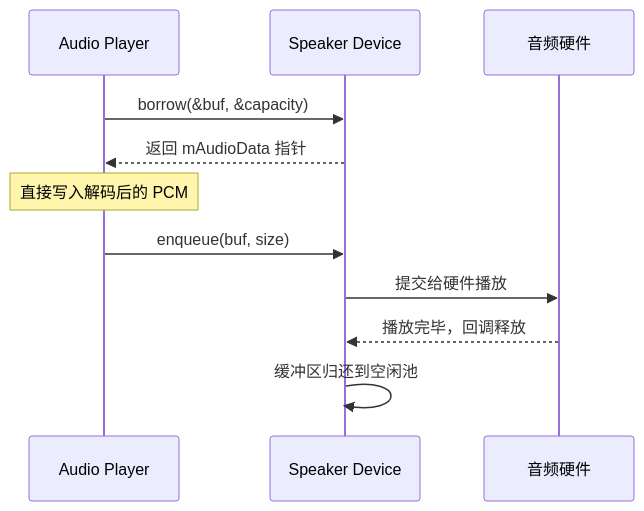
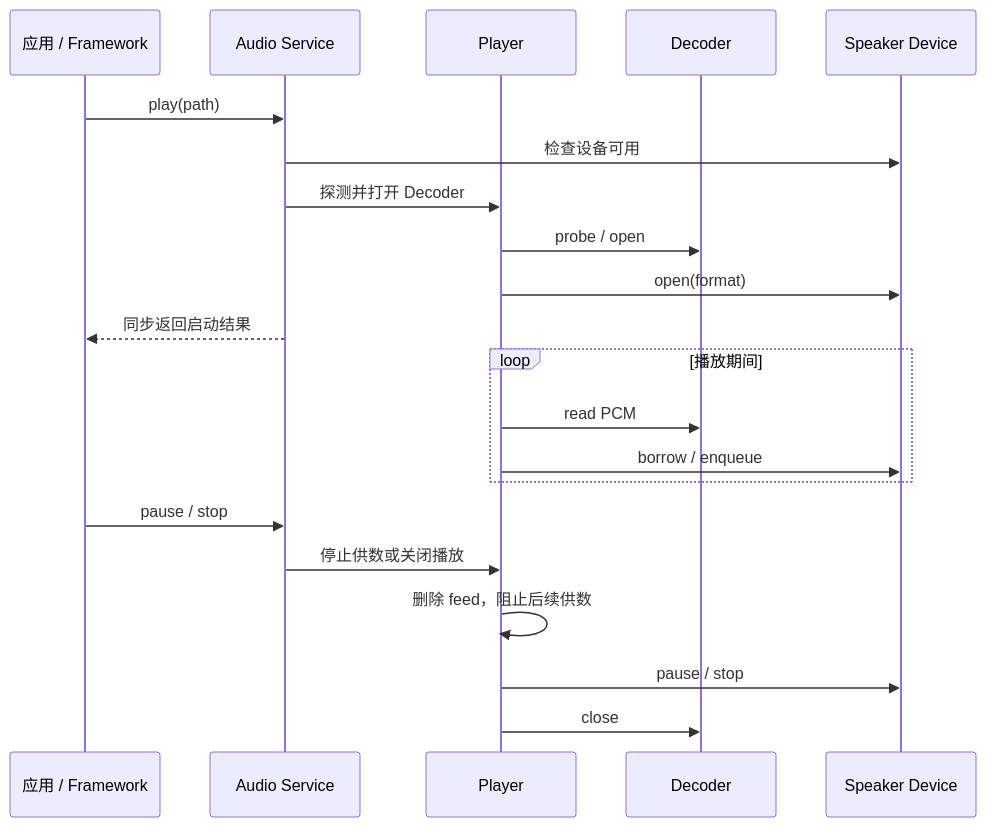
The second of 2 diagrams in docs/architecture/services/audio/audio.mdx (ElenixOS/ElenixOS-Docs), drawn with Mermaid before and after one commit. The commit also changed other lines of this file and 141 other files, not shown here.

````diff
--- a/docs/architecture/services/audio/audio.mdx
+++ b/docs/architecture/services/audio/audio.mdx
@@ -25,14 +36,24 @@
 ```mermaid
 sequenceDiagram
-    participant PLR as Audio Player
-    participant SPK as Speaker Device
-    participant HW as 音频硬件
+    participant App as 应用 / Framework
+    participant Service as Audio Service
+    participant Player
+    participant Decoder as Decoder
+    participant Speaker as Speaker Device
 
-    PLR->>SPK: borrow(&buf, &capacity)
-    SPK-->>PLR: 返回 mAudioData 指针
-    Note over PLR: 直接写入解码后的 PCM
-    PLR->>SPK: enqueue(buf, size)
-    SPK->>HW: 提交给硬件播放
-    HW-->>SPK: 播放完毕，回调释放
-    SPK->>SPK: 缓冲区归还到空闲池
+    App->>Service: play(path)
+    Service->>Speaker: 检查设备可用
+    Service->>Player: 探测并打开 Decoder
+    Player->>Decoder: probe / open
+    Player->>Speaker: open(format)
+    Service-->>App: 同步返回启动结果
+    loop 播放期间
+        Player->>Decoder: read PCM
+        Player->>Speaker: borrow / enqueue
+    end
+    App->>Service: pause / stop
+    Service->>Player: 停止供数或关闭播放
+    Player->>Player: 删除 feed，阻止后续供数
+    Player->>Speaker: pause / stop
+    Player->>Decoder: close
 ```
````
